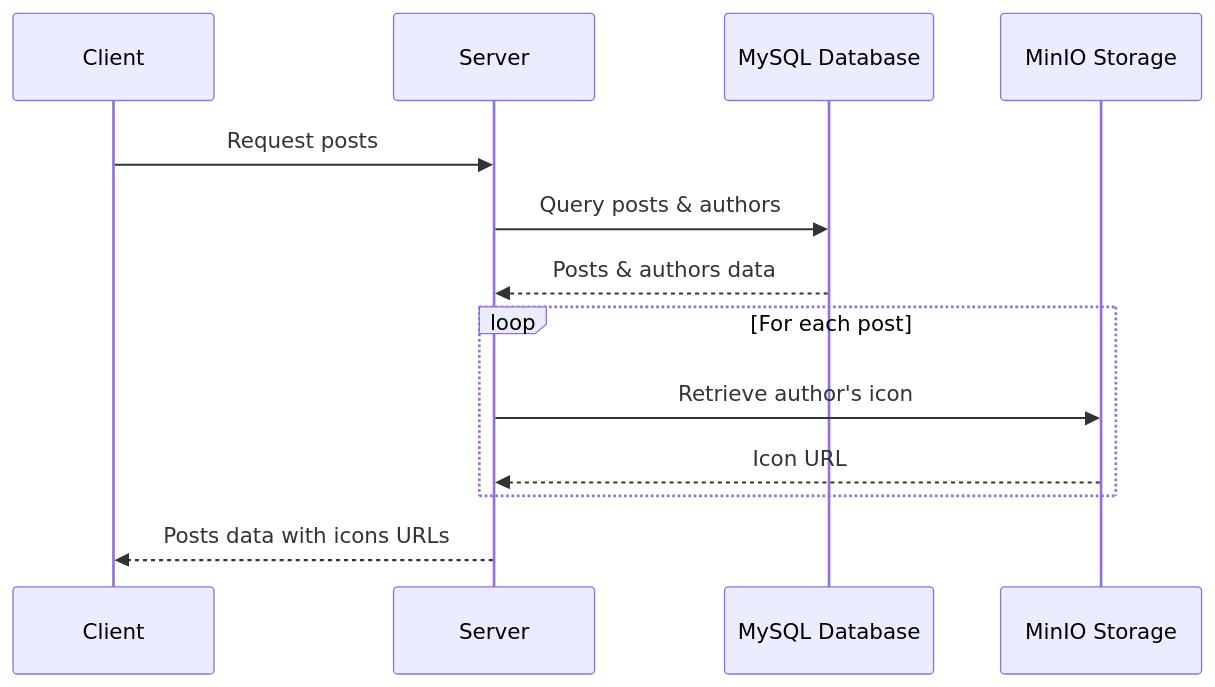
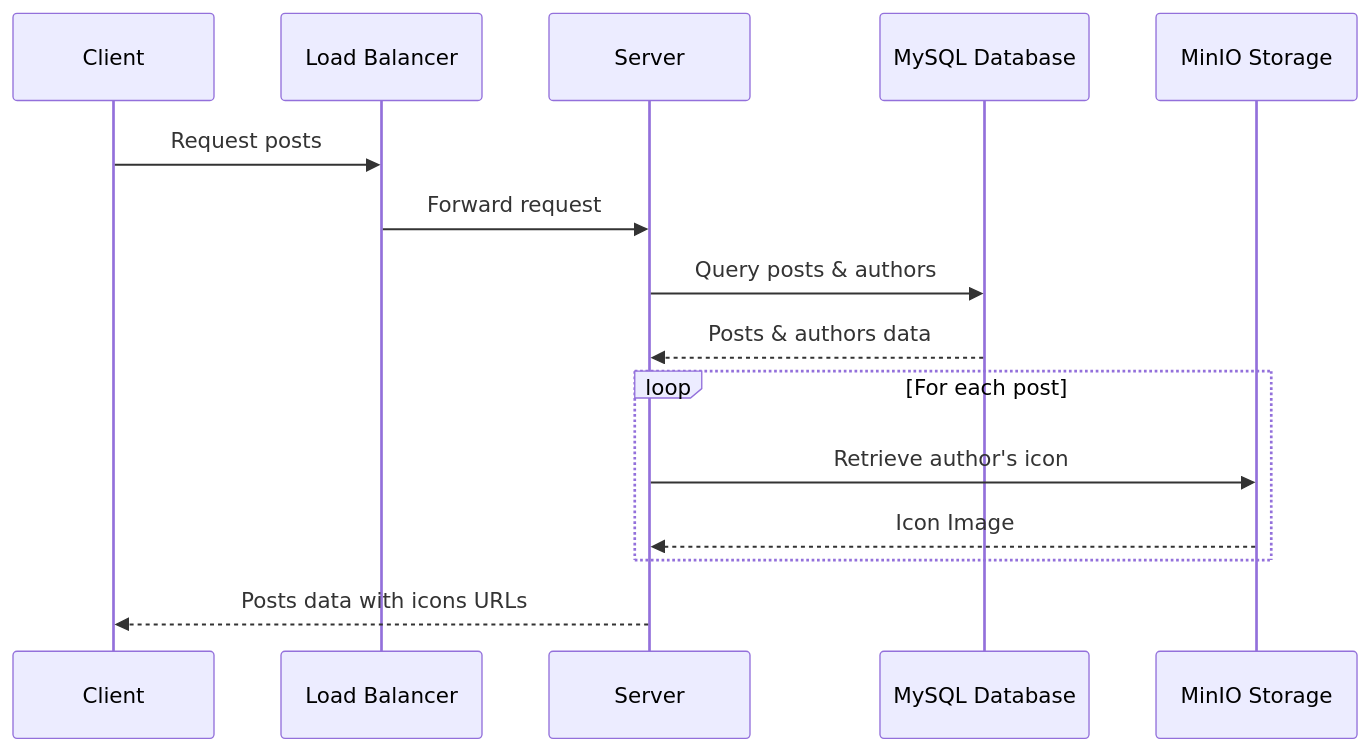
One commit to ryougi-shiky/forum changed the second of 2 diagrams in doc/model/user.md. Above: the diagram before and after it, drawn with Mermaid. The commit also changed other lines of this file, not shown here.

Commit message:
update user architecture design

````diff
--- a/doc/model/user.md
+++ b/doc/model/user.md
@@ -89,16 +94,18 @@
 ```mermaid
 sequenceDiagram
     participant Client as Client
+    participant LoadBalancer as Load Balancer
     participant Server as Server
     participant MySQL as MySQL Database
     participant MinIO as MinIO Storage
 
-    Client->>Server: Request posts
+    Client->>LoadBalancer: Request posts
+    LoadBalancer->>Server: Forward request
     Server->>MySQL: Query posts & authors
     MySQL-->>Server: Posts & authors data
     loop For each post
         Server->>MinIO: Retrieve author's icon
-        MinIO-->>Server: Icon URL
+        MinIO-->>Server: Icon Image
     end
     Server-->>Client: Posts data with icons URLs
 ```
````
